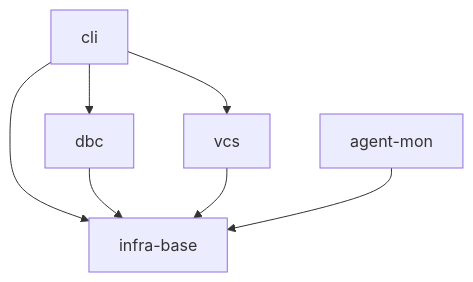
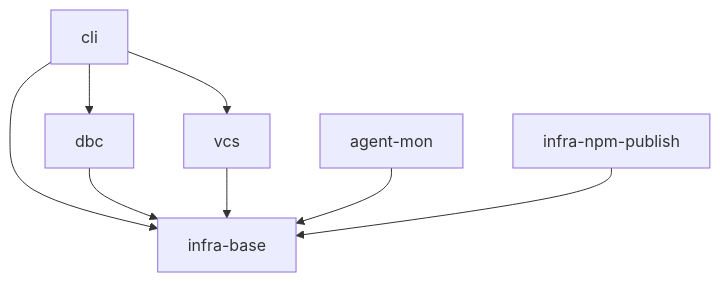
Before and after one commit to RubaXa/gennady: the diagram in specs/README.md, drawn with Mermaid. The commit also changed other lines of this file and 61 other files, not shown here.

````diff
--- a/specs/README.md
+++ b/specs/README.md
@@ -9,9 +9,10 @@
 ```mermaid
 graph TD
     cli --> dbc
     cli --> infra-base
     cli --> vcs
     dbc --> infra-base
     vcs --> infra-base
     agent-mon --> infra-base
+    infra-npm-publish --> infra-base
 ```
````
